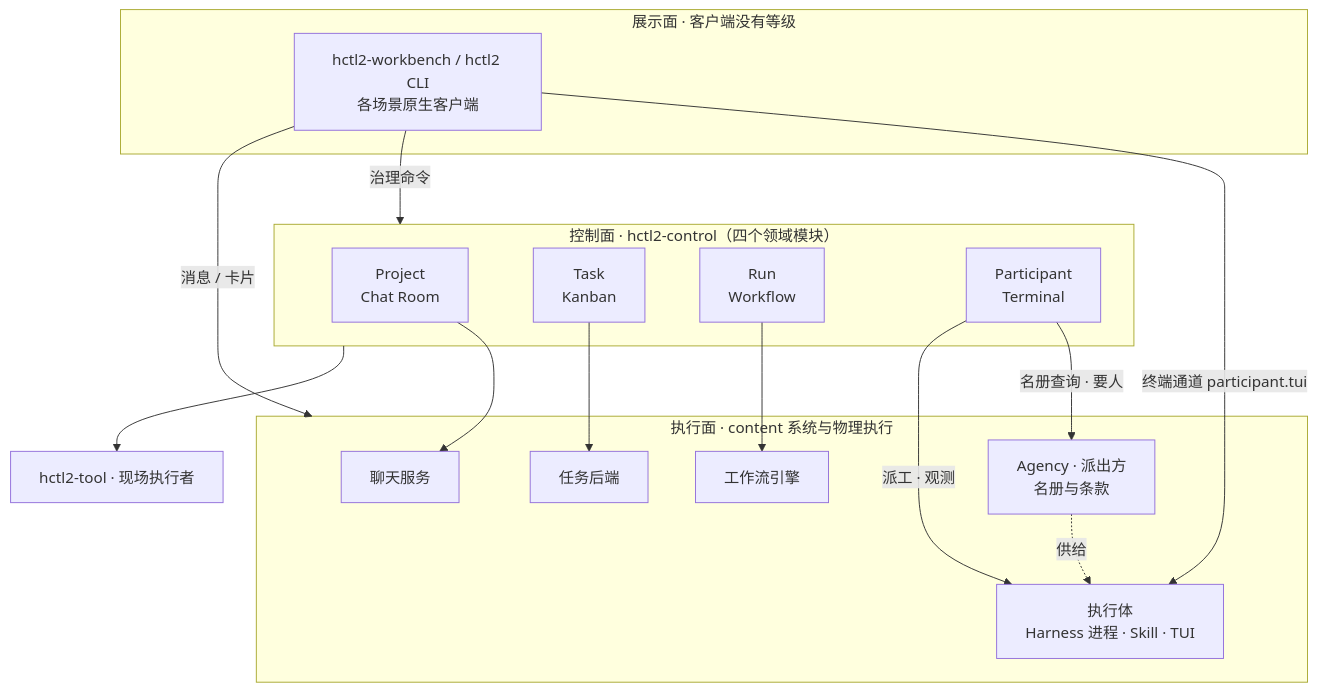
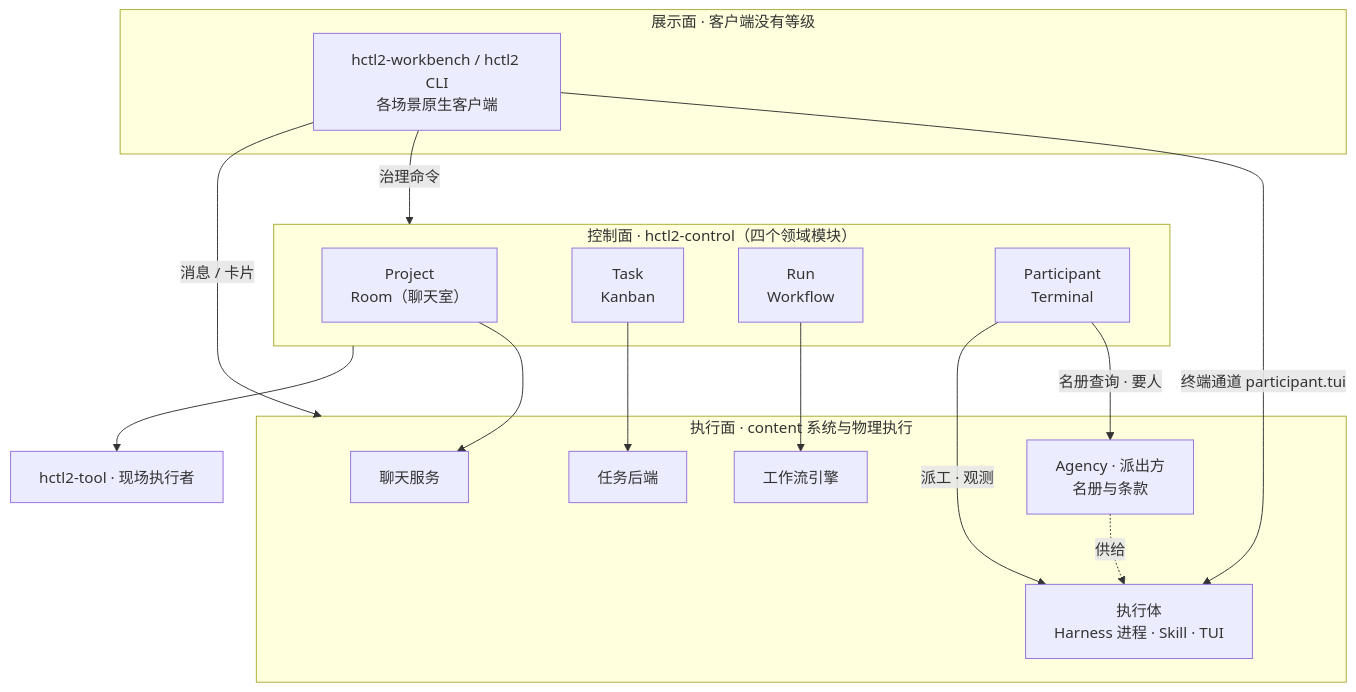
One commit to yesme/hctl2 changed the diagram in README.md. Above: the diagram before and after it, drawn with Mermaid. The commit also changed other lines of this file and 22 other files, not shown here.

````diff
--- a/README.md
+++ b/README.md
@@ -23,34 +23,34 @@
 ```mermaid
 flowchart TB
     subgraph Present["展示面 · 客户端没有等级"]
         Clients["hctl2-workbench / hctl2 CLI<br/>各场景原生客户端"]
     end
 
     subgraph Control["控制面 · hctl2-control（四个领域模块）"]
-        P["Project<br/>Chat Room"]
+        P["Project<br/>Room（聊天室）"]
         T["Task<br/>Kanban"]
         R["Run<br/>Workflow"]
         A["Participant<br/>Terminal"]
     end
 
     subgraph Exec["执行面 · content 系统与物理执行"]
         chat_srv["聊天服务"]
         task_backend["任务后端"]
         engine["工作流引擎"]
         agency["Agency · 派出方<br/>名册与条款"]
         worker["执行体<br/>Harness 进程 · Skill · TUI"]
     end
 
     Tool["hctl2-tool · 现场执行者"]
 
     Clients -->|治理命令| Control
     Clients -->|消息 / 卡片| Exec
     Clients -->|终端通道 participant.tui| worker
     Control --> Tool
     P --> chat_srv
     T --> task_backend
     R --> engine
     A -->|名册查询 · 要人| agency
     A -->|派工 · 观测| worker
     agency -.->|供给| worker
 ```
````
